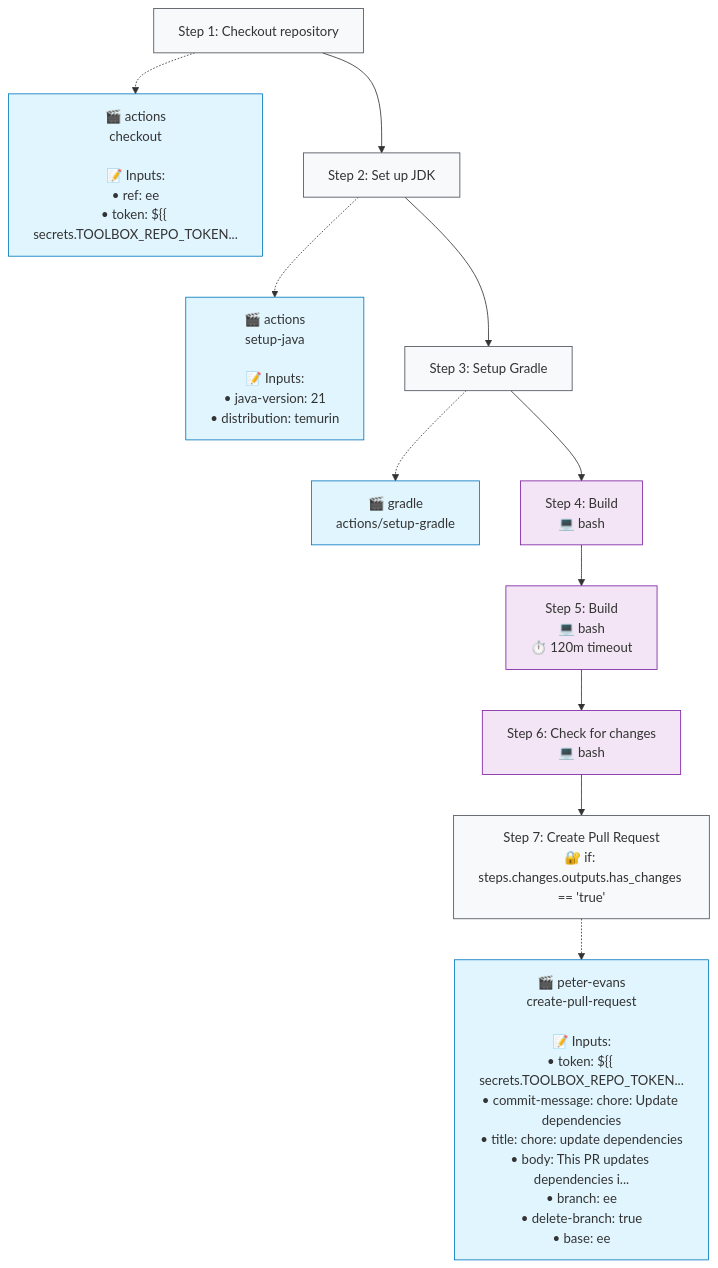
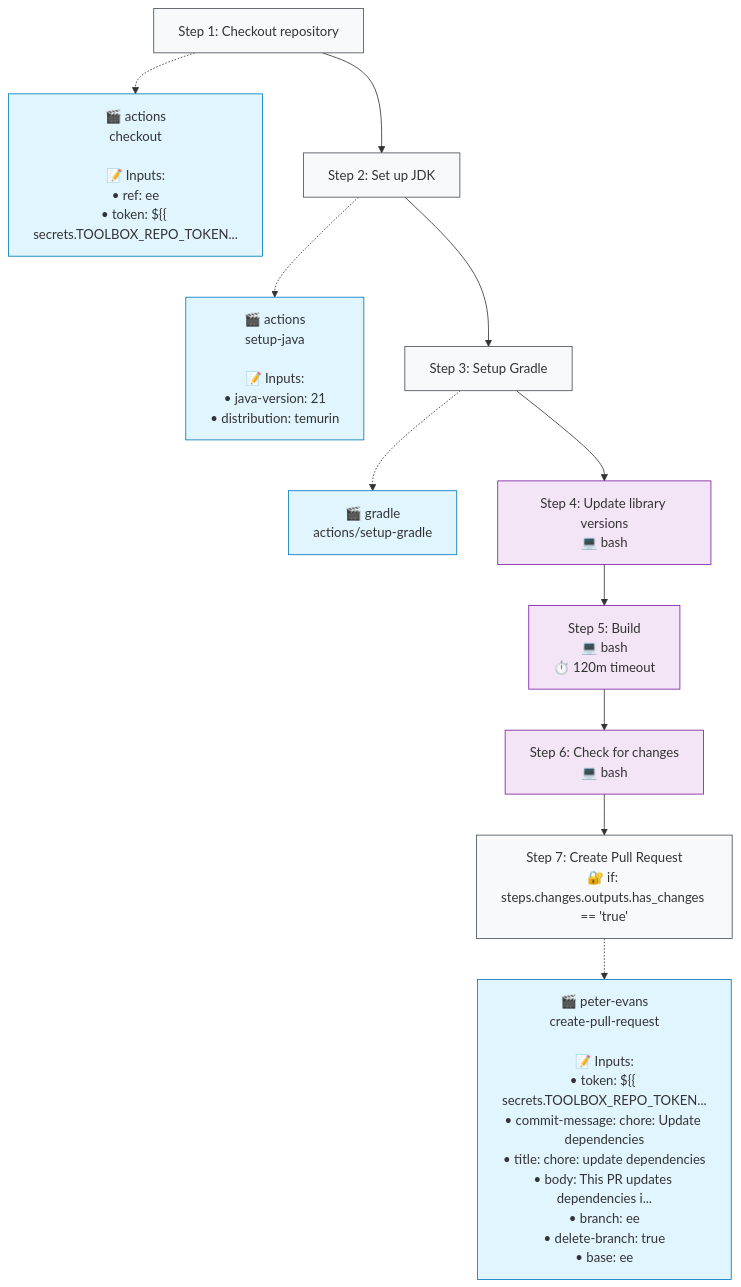
Before and after one commit to http4k/http4k: the second of 2 diagrams in .github/typeflows/update-dependencies/README.md, drawn with Mermaid. The commit also changed 3 other files, not shown here.

````diff
--- a/.github/typeflows/update-dependencies/README.md
+++ b/.github/typeflows/update-dependencies/README.md
@@ -24,36 +24,36 @@
 ```mermaid
 %%{init: {"flowchart": {"curve": "basis"}}}%%
 flowchart TD
     step1["Step 1: Checkout repository"]
     style step1 fill:#f8f9fa,stroke:#495057
     action1["🎬 actions<br/>checkout<br/><br/>📝 Inputs:<br/>• ref: ee<br/>• token: ${{ secrets.TOOLBOX_REPO_TOKEN..."]
     style action1 fill:#e1f5fe,stroke:#0277bd
     step1 -.-> action1
     step2["Step 2: Set up JDK"]
     style step2 fill:#f8f9fa,stroke:#495057
     action2["🎬 actions<br/>setup-java<br/><br/>📝 Inputs:<br/>• java-version: 21<br/>• distribution: temurin"]
     style action2 fill:#e1f5fe,stroke:#0277bd
     step2 -.-> action2
     step1 --> step2
     step3["Step 3: Setup Gradle"]
     style step3 fill:#f8f9fa,stroke:#495057
     action3["🎬 gradle<br/>actions/setup-gradle"]
     style action3 fill:#e1f5fe,stroke:#0277bd
     step3 -.-> action3
     step2 --> step3
-    step4["Step 4: Build<br/>💻 bash"]
+    step4["Step 4: Update library versions<br/>💻 bash"]
     style step4 fill:#f3e5f5,stroke:#7b1fa2
     step3 --> step4
     step5["Step 5: Build<br/>💻 bash<br/>⏱️ 120m timeout"]
     style step5 fill:#f3e5f5,stroke:#7b1fa2
     step4 --> step5
     step6["Step 6: Check for changes<br/>💻 bash"]
     style step6 fill:#f3e5f5,stroke:#7b1fa2
     step5 --> step6
     step7["Step 7: Create Pull Request<br/>🔐 if: steps.changes.outputs.has_changes == 'true'"]
     style step7 fill:#f8f9fa,stroke:#495057
     action7["🎬 peter-evans<br/>create-pull-request<br/><br/>📝 Inputs:<br/>• token: ${{ secrets.TOOLBOX_REPO_TOKEN...<br/>• commit-message: chore: Update dependencies<br/>• title: chore: update dependencies<br/>• body: This PR updates dependencies i...<br/>• branch: ee<br/>• delete-branch: true<br/>• base: ee"]
     style action7 fill:#e1f5fe,stroke:#0277bd
     step7 -.-> action7
     step6 --> step7
 ```
````
